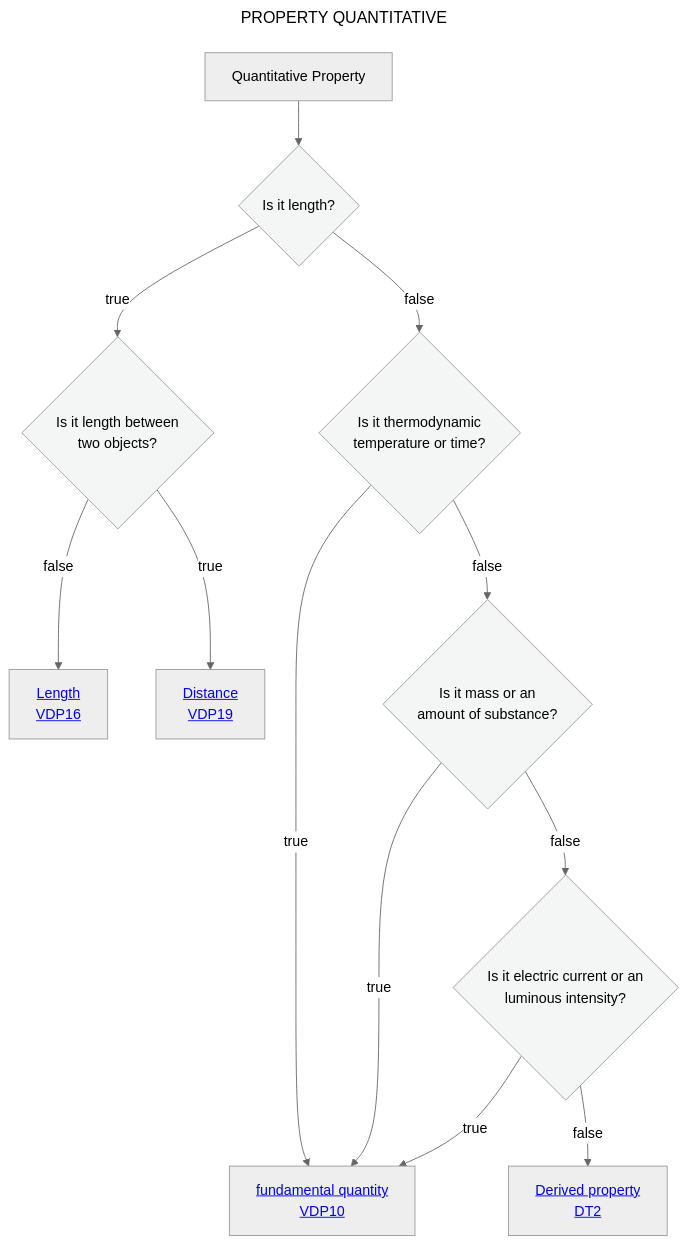
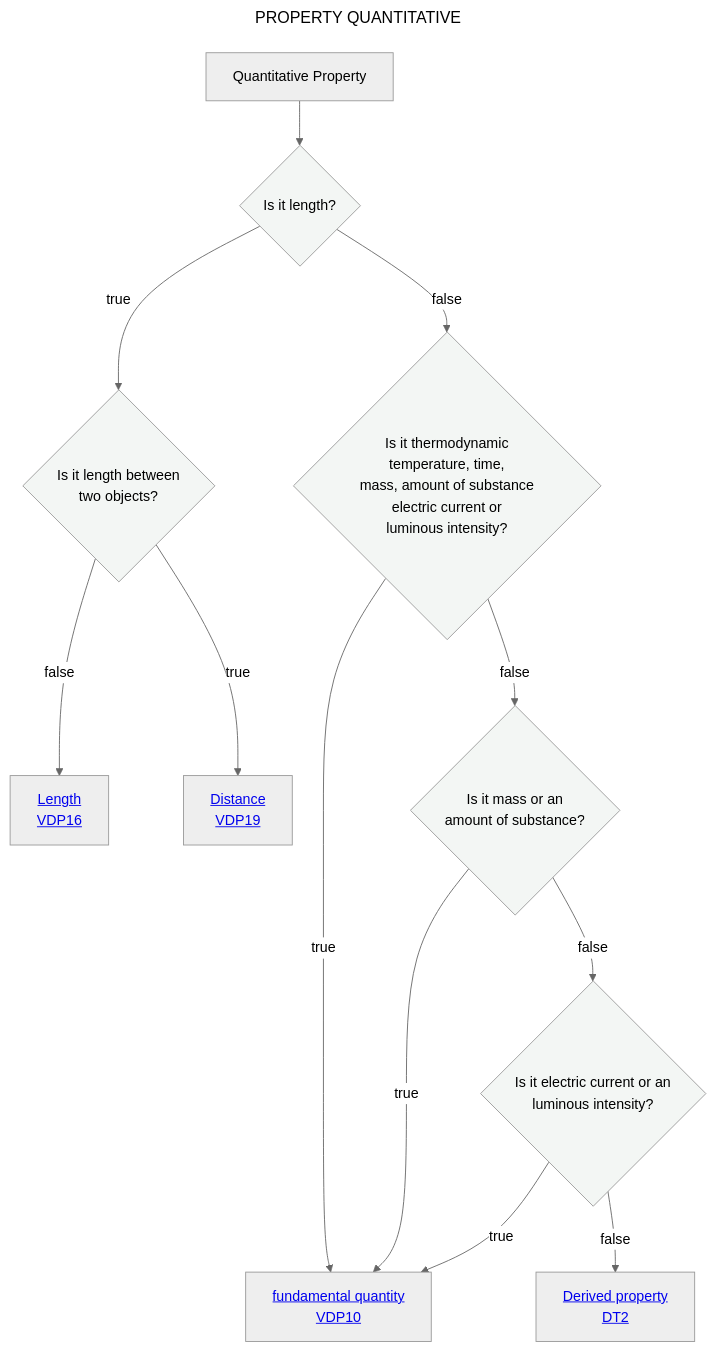
One commit to mabablue/I-ADOPT-patterns-playground changed the diagram in Decisition_trees/DT1.mmd. Above: the diagram before and after it, drawn with Mermaid (neutral theme).

```diff
--- a/Decisition_trees/DT1.mmd
+++ b/Decisition_trees/DT1.mmd
@@ -1,19 +1,19 @@
 ---
 title: PROPERTY QUANTITATIVE
 ---
 flowchart TD
     A[Quantitative Property] --> C{Is it length?}:::white
     C --> |true|E{Is it length between <br> two objects?}:::white
-    C --> |false|F{Is it thermodynamic <br> temperature or time?}:::white
+    C --> |false|F{Is it thermodynamic <br> temperature, time,  <br> mass, amount of substance <br> electric current or <br> luminous intensity?}:::white
     F --> |true|G[<a href='https://github.com/mabablue/I-ADOPT-patterns-playground/blob/main/pattern/VDP10.yaml'>fundamental quantity <br> VDP10</a>] 
     F --> |false|H{Is it mass or an <br> amount of substance?}:::white
     H --> |true|G
     H --> |false|K{Is it electric current or an <br> luminous intensity?}:::white
     K --> |true|G
     K --> |false|M[<a href='https://github.com/mabablue/I-ADOPT-patterns-playground/blob/main/Decisition_trees/DT2.mmd'>Derived property <br> DT2</a>] 
     E --> |false|N[<a href='https://github.com/mabablue/I-ADOPT-patterns-playground/blob/main/pattern/VDP16.yaml'>Length <br> VDP16</a>] 
     E --> |true|O[<a href='https://github.com/mabablue/I-ADOPT-patterns-playground/blob/main/pattern/VDP19.yaml'>Distance <br> VDP19</a>] 
    classDef blue fill:#90D5FF
    classDef satblue fill:#57B9FF 
    classDef white fill:#f3f6f4
    classDef green fill:#6aa84f
```
